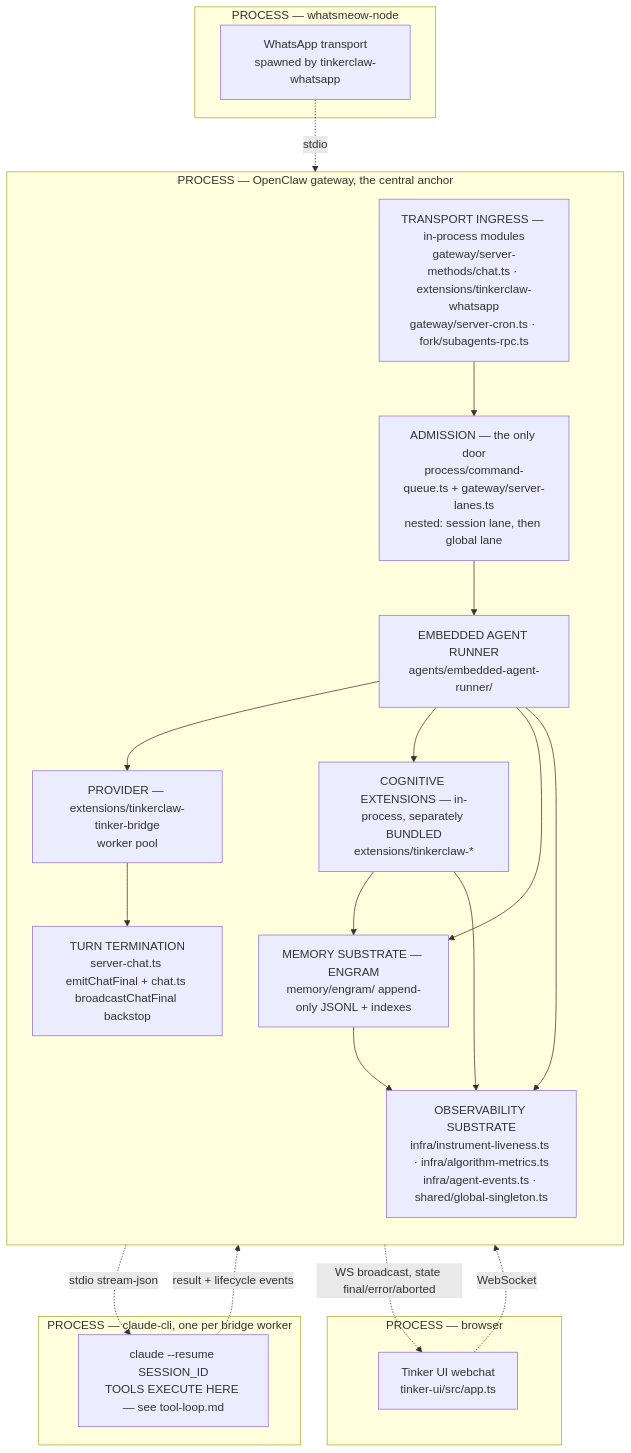
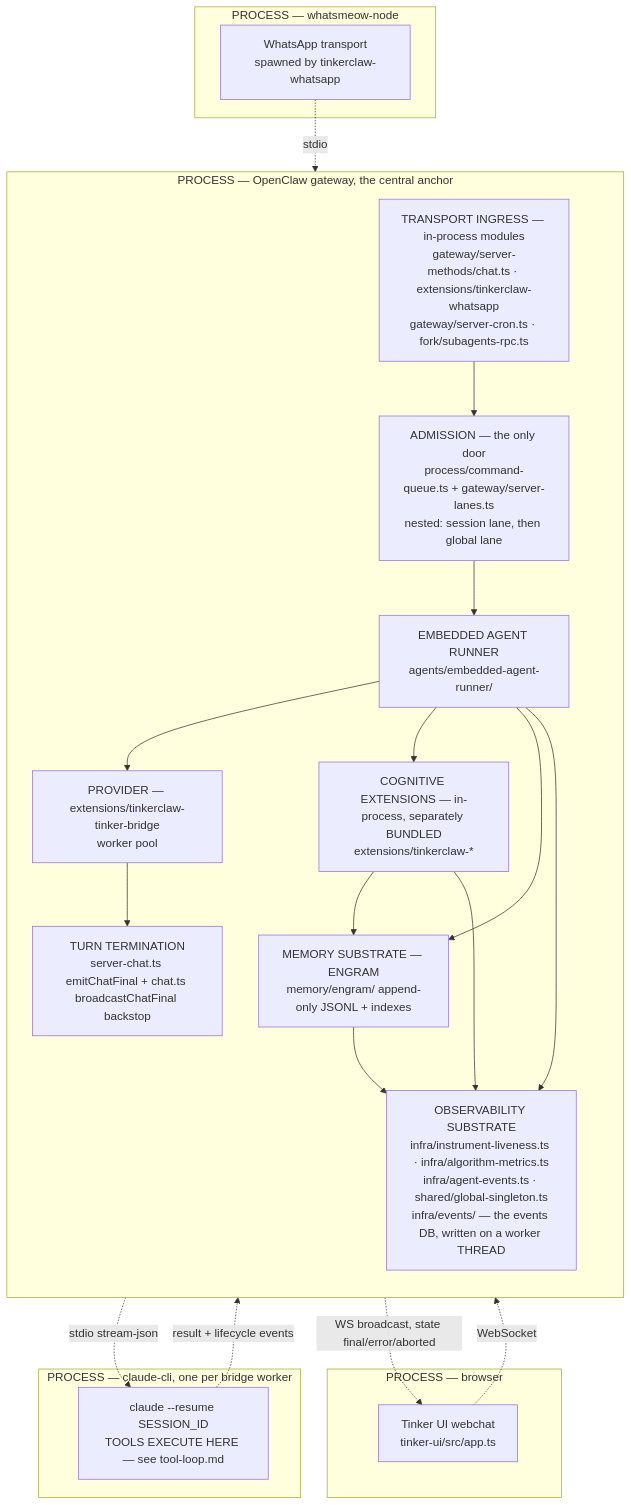
One commit to globalcaos/tinkerclaw changed the first of 3 diagrams in TINKER_UI_DESIGN_BIBLE/architecture.md. Above: the diagram before and after it, drawn with Mermaid. The commit also changed other lines of this file and 2106 other files, not shown here.

````diff
--- a/TINKER_UI_DESIGN_BIBLE/architecture.md
+++ b/TINKER_UI_DESIGN_BIBLE/architecture.md
@@ -58,42 +58,42 @@
 ```mermaid
 flowchart TB
   subgraph BROWSER["PROCESS — browser"]
     TUI["Tinker UI webchat<br/>tinker-ui/src/app.ts"]
   end
 
   subgraph WMP["PROCESS — whatsmeow-node"]
     WA["WhatsApp transport<br/>spawned by tinkerclaw-whatsapp"]
   end
 
   subgraph GW["PROCESS — OpenClaw gateway, the central anchor"]
     direction TB
     ING["TRANSPORT INGRESS — in-process modules<br/>gateway/server-methods/chat.ts · extensions/tinkerclaw-whatsapp<br/>gateway/server-cron.ts · fork/subagents-rpc.ts"]
     LANE["ADMISSION — the only door<br/>process/command-queue.ts + gateway/server-lanes.ts<br/>nested: session lane, then global lane"]
     RUN["EMBEDDED AGENT RUNNER<br/>agents/embedded-agent-runner/"]
     BRG["PROVIDER — extensions/tinkerclaw-tinker-bridge<br/>worker pool"]
     TERM["TURN TERMINATION<br/>server-chat.ts emitChatFinal + chat.ts broadcastChatFinal backstop"]
     ENG["MEMORY SUBSTRATE — ENGRAM<br/>memory/engram/ append-only JSONL + indexes"]
-    OBS["OBSERVABILITY SUBSTRATE<br/>infra/instrument-liveness.ts · infra/algorithm-metrics.ts<br/>infra/agent-events.ts · shared/global-singleton.ts"]
+    OBS["OBSERVABILITY SUBSTRATE<br/>infra/instrument-liveness.ts · infra/algorithm-metrics.ts<br/>infra/agent-events.ts · shared/global-singleton.ts<br/>infra/events/ — the events DB, written on a worker THREAD"]
     EXT["COGNITIVE EXTENSIONS — in-process, separately BUNDLED<br/>extensions/tinkerclaw-*"]
   end
 
   subgraph CLIP["PROCESS — claude-cli, one per bridge worker"]
     CC["claude --resume SESSION_ID<br/>TOOLS EXECUTE HERE — see tool-loop.md"]
   end
 
   TUI -.->|"WebSocket"| ING
   WA -.->|"stdio"| ING
   ING --> LANE
   LANE --> RUN
   RUN --> BRG
   BRG -.->|"stdio stream-json"| CC
   CC -.->|"result + lifecycle events"| BRG
   BRG --> TERM
   TERM -.->|"WS broadcast, state final/error/aborted"| TUI
   RUN --> EXT
   RUN --> ENG
   EXT --> ENG
   EXT --> OBS
   RUN --> OBS
   ENG --> OBS
 ```
````
